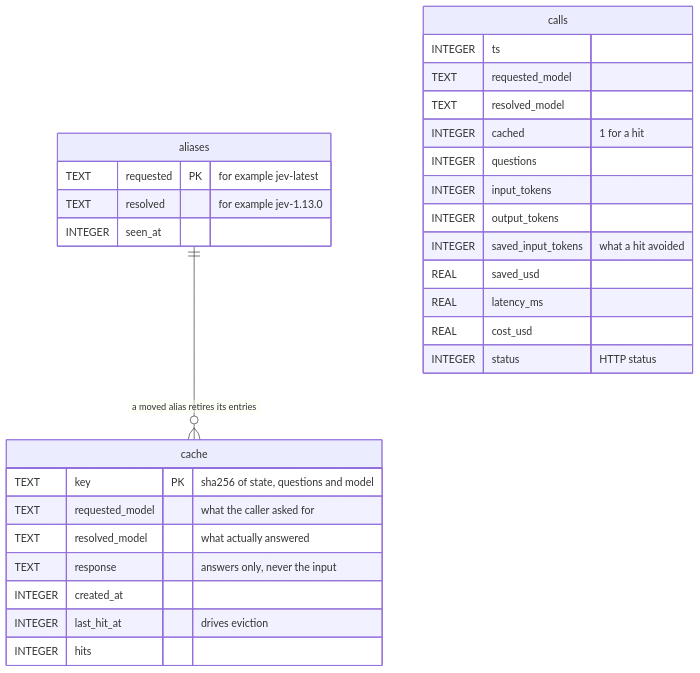
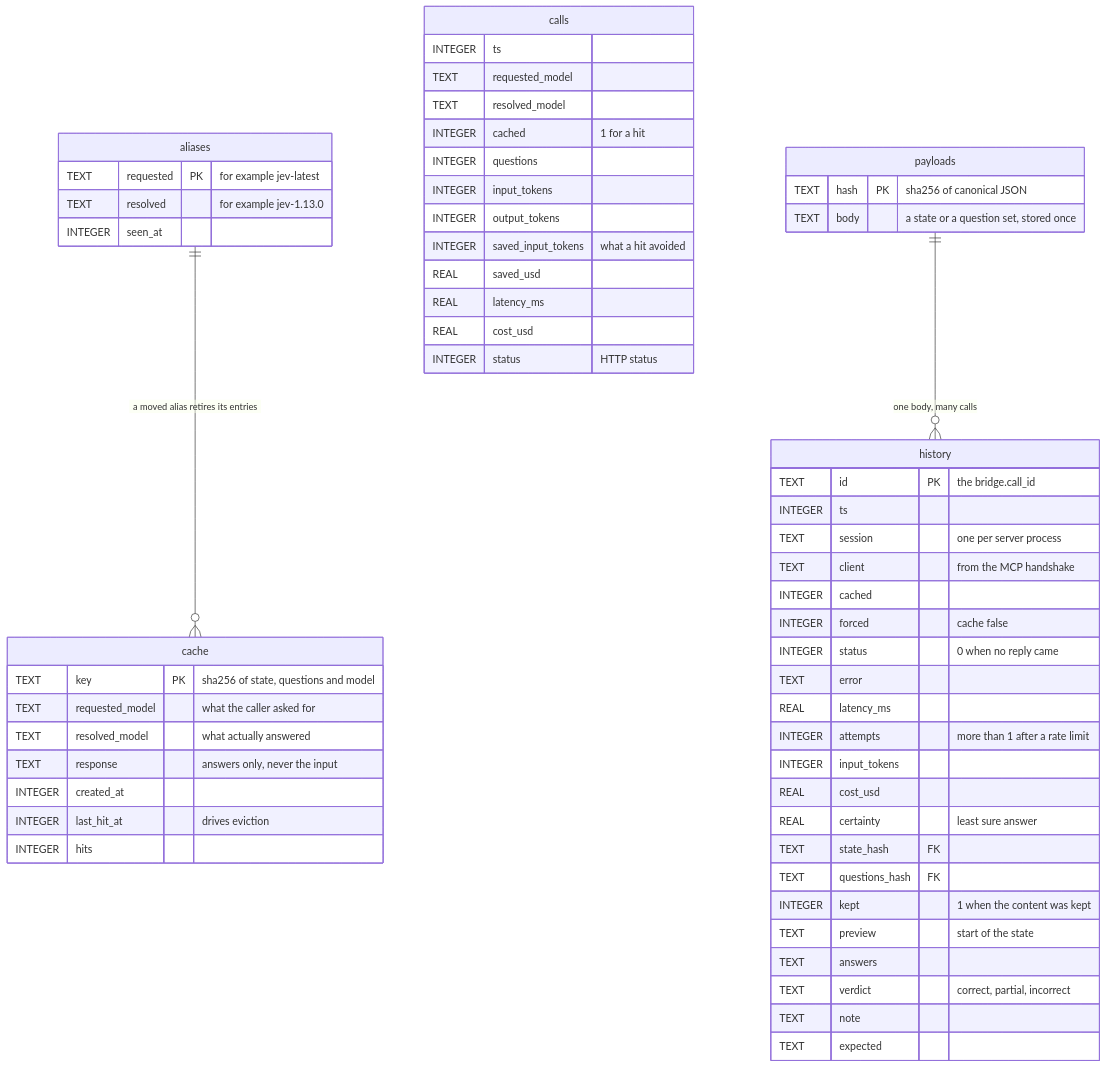
The third of 4 diagrams in docs/architecture.md (lhviet/jev-bridge), drawn with Mermaid before and after one commit. The commit also changed other lines of this file and 12 other files, not shown here.

First line of the commit message:
[backend] Add reviewable call history and dashboard

````diff
--- a/docs/architecture.md
+++ b/docs/architecture.md
@@ -124,32 +145,60 @@
 ```mermaid
 erDiagram
   cache {
     TEXT key PK "sha256 of state, questions and model"
     TEXT requested_model "what the caller asked for"
     TEXT resolved_model "what actually answered"
     TEXT response "answers only, never the input"
     INTEGER created_at
     INTEGER last_hit_at "drives eviction"
     INTEGER hits
   }
   aliases {
     TEXT requested PK "for example jev-latest"
     TEXT resolved "for example jev-1.13.0"
     INTEGER seen_at
   }
   calls {
     INTEGER ts
     TEXT requested_model
     TEXT resolved_model
     INTEGER cached "1 for a hit"
     INTEGER questions
     INTEGER input_tokens
     INTEGER output_tokens
     INTEGER saved_input_tokens "what a hit avoided"
     REAL saved_usd
     REAL latency_ms
     REAL cost_usd
     INTEGER status "HTTP status"
   }
+  history {
+    TEXT id PK "the bridge.call_id"
+    INTEGER ts
+    TEXT session "one per server process"
+    TEXT client "from the MCP handshake"
+    INTEGER cached
+    INTEGER forced "cache false"
+    INTEGER status "0 when no reply came"
+    TEXT error
+    REAL latency_ms
+    INTEGER attempts "more than 1 after a rate limit"
+    INTEGER input_tokens
+    REAL cost_usd
+    REAL certainty "least sure answer"
+    TEXT state_hash FK
+    TEXT questions_hash FK
+    INTEGER kept "1 when the content was kept"
+    TEXT preview "start of the state"
+    TEXT answers
+    TEXT verdict "correct, partial, incorrect"
+    TEXT note
+    TEXT expected
+  }
+  payloads {
+    TEXT hash PK "sha256 of canonical JSON"
+    TEXT body "a state or a question set, stored once"
+  }
   aliases ||--o{ cache : "a moved alias retires its entries"
+  payloads ||--o{ history : "one body, many calls"
 ```
````
